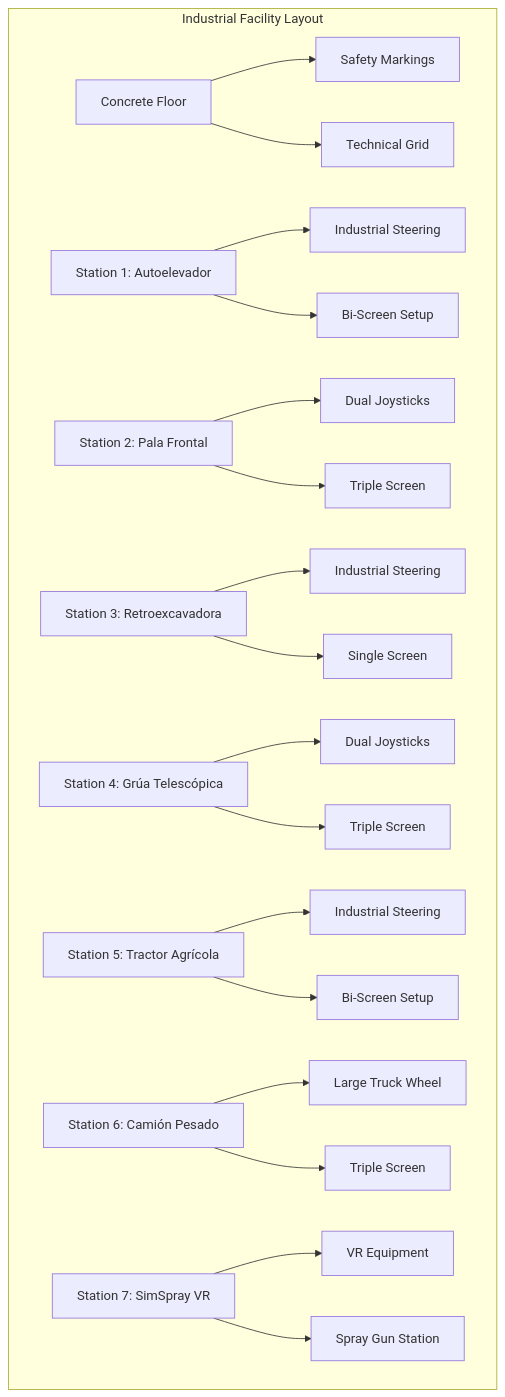
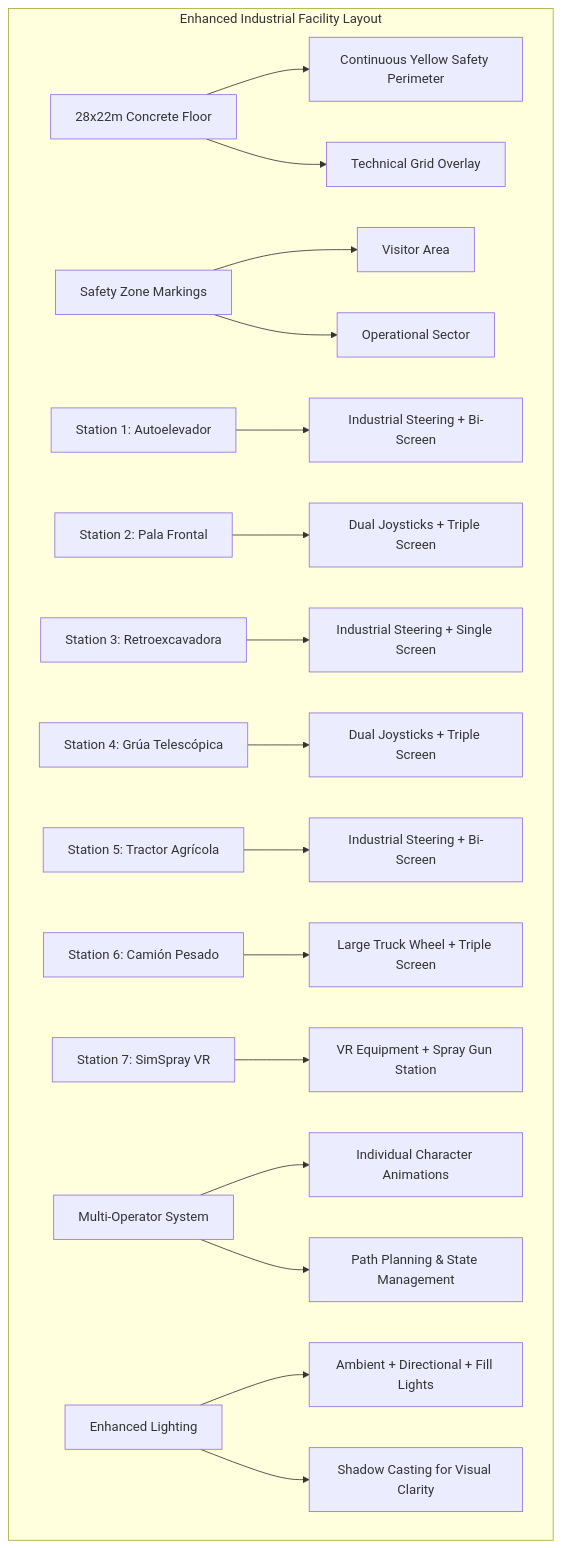
Before and after one commit to AgusCatra/simu-twin-web: the eighth of 9 diagrams in .qoder/repowiki/en/content/Core Services & Business Logic/3D Cockpit Simulation.md, drawn with Mermaid. The commit also changed other lines of this file and 2 other files, not shown here.

````diff
--- a/.qoder/repowiki/en/content/Core Services & Business Logic/3D Cockpit Simulation.md
+++ b/.qoder/repowiki/en/content/Core Services & Business Logic/3D Cockpit Simulation.md
@@ -343,21 +359,20 @@
 ```mermaid
 graph TB
-subgraph "Industrial Facility Layout"
-A["Concrete Floor"] --> B["Safety Markings"]
-A --> C["Technical Grid"]
-D["Station 1: Autoelevador"] --> E["Industrial Steering"]
-D --> F["Bi-Screen Setup"]
-G["Station 2: Pala Frontal"] --> H["Dual Joysticks"]
-G --> I["Triple Screen"]
-J["Station 3: Retroexcavadora"] --> K["Industrial Steering"]
-J --> L["Single Screen"]
-M["Station 4: Grúa Telescópica"] --> N["Dual Joysticks"]
-M --> O["Triple Screen"]
-P["Station 5: Tractor Agrícola"] --> Q["Industrial Steering"]
-P --> R["Bi-Screen Setup"]
-S["Station 6: Camión Pesado"] --> T["Large Truck Wheel"]
-S --> U["Triple Screen"]
-V["Station 7: SimSpray VR"] --> W["VR Equipment"]
-V --> X["Spray Gun Station"]
+subgraph "Enhanced Industrial Facility Layout"
+A["28x22m Concrete Floor"] --> B["Continuous Yellow Safety Perimeter"]
+A --> C["Technical Grid Overlay"]
+D["Safety Zone Markings"] --> E["Visitor Area"]
+D --> F["Operational Sector"]
+G["Station 1: Autoelevador"] --> H["Industrial Steering + Bi-Screen"]
+I["Station 2: Pala Frontal"] --> J["Dual Joysticks + Triple Screen"]
+K["Station 3: Retroexcavadora"] --> L["Industrial Steering + Single Screen"]
+M["Station 4: Grúa Telescópica"] --> N["Dual Joysticks + Triple Screen"]
+O["Station 5: Tractor Agrícola"] --> P["Industrial Steering + Bi-Screen"]
+Q["Station 6: Camión Pesado"] --> R["Large Truck Wheel + Triple Screen"]
+S["Station 7: SimSpray VR"] --> T["VR Equipment + Spray Gun Station"]
+U["Multi-Operator System"] --> V["Individual Character Animations"]
+U --> W["Path Planning & State Management"]
+X["Enhanced Lighting"] --> Y["Ambient + Directional + Fill Lights"]
+X --> Z["Shadow Casting for Visual Clarity"]
 end
 ```
````
